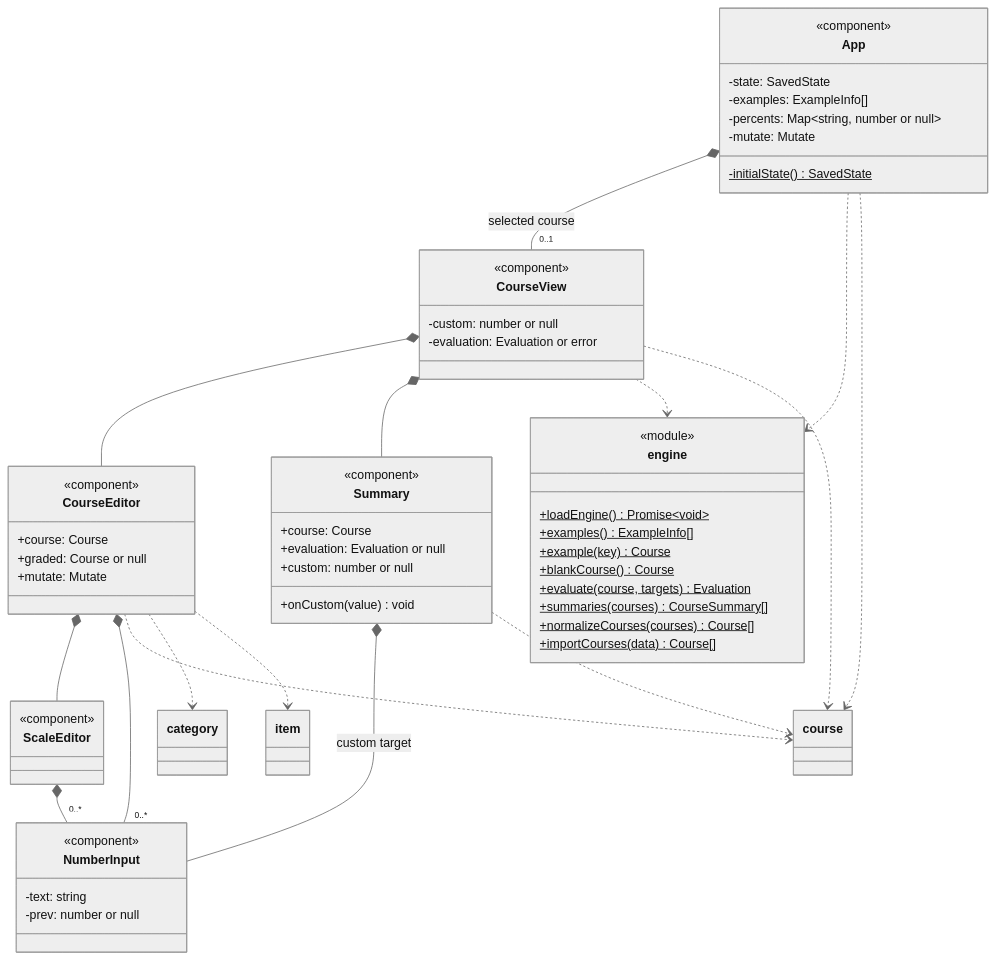
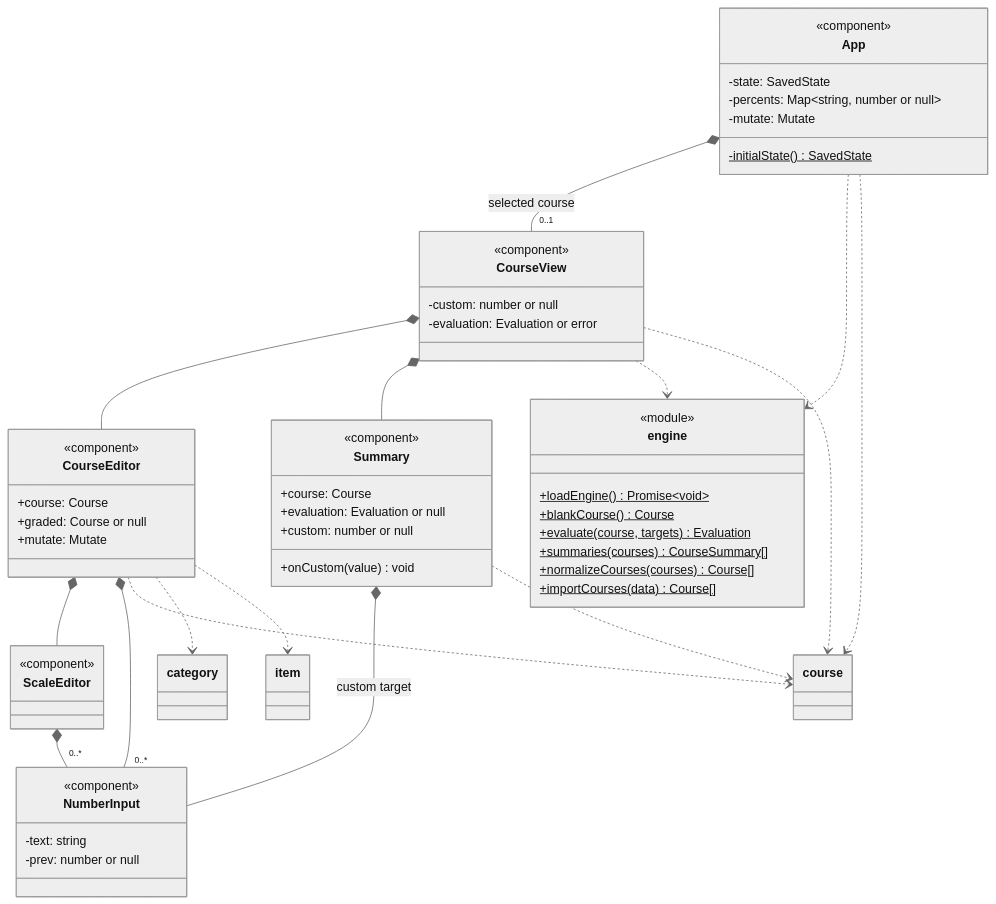
The eighth of 9 diagrams in docs/uml.md (Patman1O1/grade-calculator), drawn with Mermaid (neutral theme) before and after one commit. The commit also changed other lines of this file and 12 other files, not shown here.

````diff
--- a/docs/uml.md
+++ b/docs/uml.md
@@ -347,64 +325,61 @@
 ```mermaid
 classDiagram
   direction TB
   class App {
     <<component>>
     -state: SavedState
-    -examples: ExampleInfo[]
     -percents: Map~string, number or null~
     -mutate: Mutate
     -initialState()$ SavedState
   }
   class CourseView {
     <<component>>
     -custom: number or null
     -evaluation: Evaluation or error
   }
   class CourseEditor {
     <<component>>
     +course: Course
     +graded: Course or null
     +mutate: Mutate
   }
   class ScaleEditor {
     <<component>>
   }
   class Summary {
     <<component>>
     +course: Course
     +evaluation: Evaluation or null
     +custom: number or null
     +onCustom(value) void
   }
   class NumberInput {
     <<component>>
     -text: string
     -prev: number or null
   }
   class engine {
     <<module>>
     +loadEngine()$ Promise~void~
-    +examples()$ ExampleInfo[]
-    +example(key)$ Course
     +blankCourse()$ Course
     +evaluate(course, targets)$ Evaluation
     +summaries(courses)$ CourseSummary[]
     +normalizeCourses(courses)$ Course[]
     +importCourses(data)$ Course[]
   }
   App *-- "0..1" CourseView : selected course
   CourseView *-- CourseEditor
   CourseView *-- Summary
   CourseEditor *-- ScaleEditor
   CourseEditor *-- "0..*" NumberInput
   ScaleEditor *-- "0..*" NumberInput
   Summary *-- NumberInput : custom target
   App ..> engine
   CourseView ..> engine
   App ..> course
   CourseView ..> course
   CourseEditor ..> course
   CourseEditor ..> category
   CourseEditor ..> item
   Summary ..> course
 ```
````
